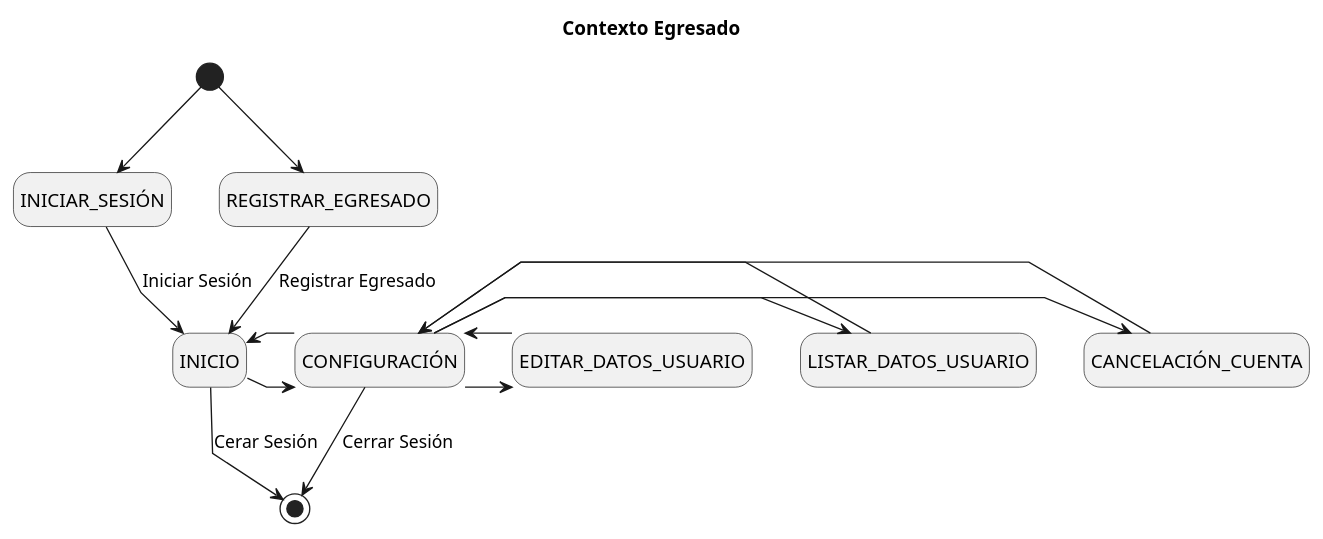
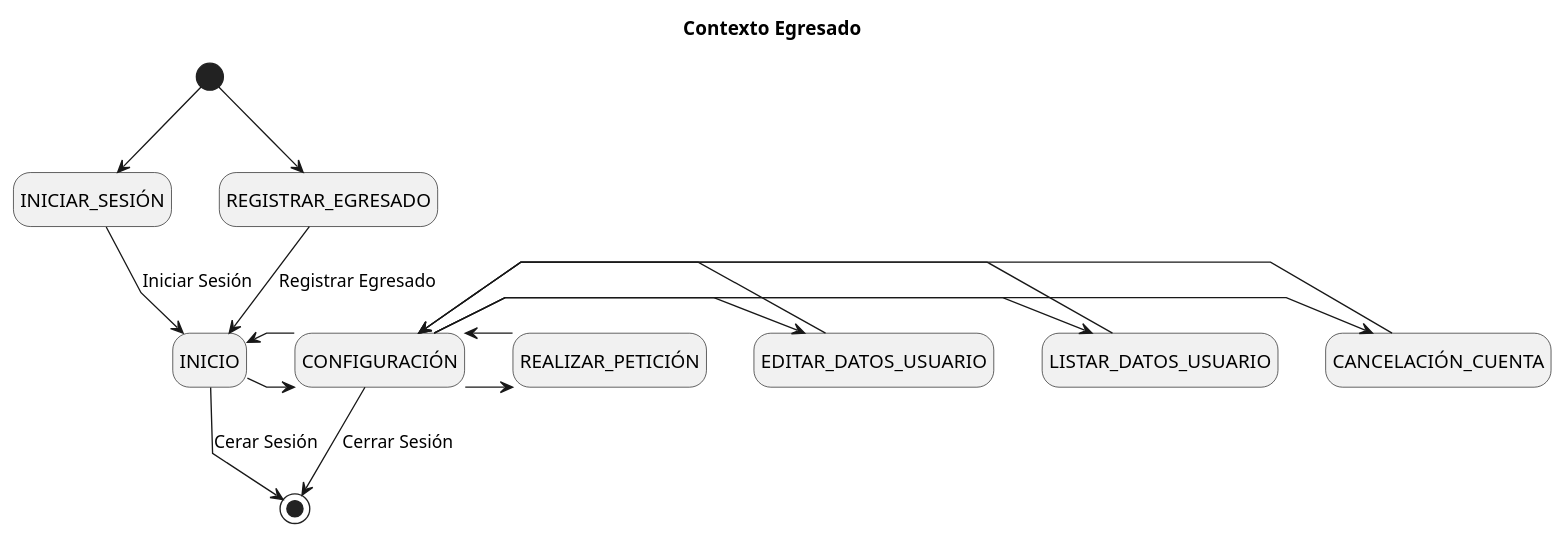
Before and after one commit to mmasias/23-24-IdSw1-SDR: the diagram in Caso_de_Uso/Contexto/Egresado/Configuración/Contexto.puml, drawn with PlantUML. The commit also changed 5 other files, not shown here.

Commit message:
Add "REALIZAR_PETICIÓN" functionality to CONFIGURACIÓN in Contexto.puml files

```diff
--- a/Caso_de_Uso/Contexto/Egresado/Configuración/Contexto.puml
+++ b/Caso_de_Uso/Contexto/Egresado/Configuración/Contexto.puml
@@ -1,32 +1,33 @@
 @startuml Contexto
 title Contexto Egresado
 
 skinparam {
     NoteBackgroundColor #whiteSmoke
     NoteBorderColor #green
     linetype polyline
 }
 
 hide empty description
 
 [*] --> INICIAR_SESIÓN
 [*] --> REGISTRAR_EGRESADO
 INICIAR_SESIÓN --> INICIO : Iniciar Sesión
 REGISTRAR_EGRESADO --> INICIO : Registrar Egresado
 
 
 INICIO -> CONFIGURACIÓN
 INICIO <- CONFIGURACIÓN
 
 CONFIGURACIÓN -> CANCELACIÓN_CUENTA
 CONFIGURACIÓN <- CANCELACIÓN_CUENTA
 CONFIGURACIÓN -> LISTAR_DATOS_USUARIO
 CONFIGURACIÓN <- LISTAR_DATOS_USUARIO
 CONFIGURACIÓN -> EDITAR_DATOS_USUARIO
 CONFIGURACIÓN <- EDITAR_DATOS_USUARIO
-
+CONFIGURACIÓN -> REALIZAR_PETICIÓN
+CONFIGURACIÓN <- REALIZAR_PETICIÓN
 
 CONFIGURACIÓN -> [*] : Cerrar Sesión
 INICIO --> [*] : Cerar Sesión
 
 @enduml
```
